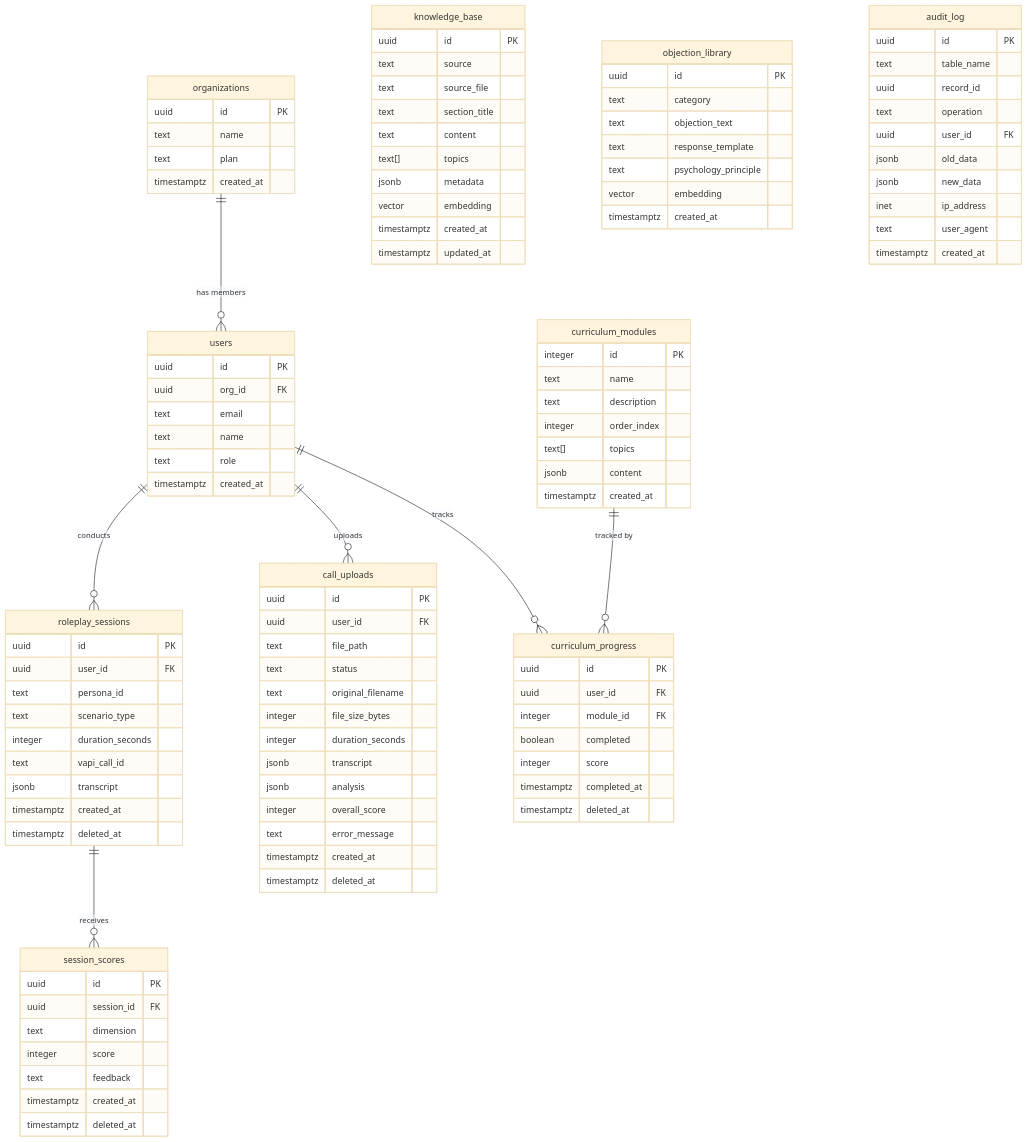
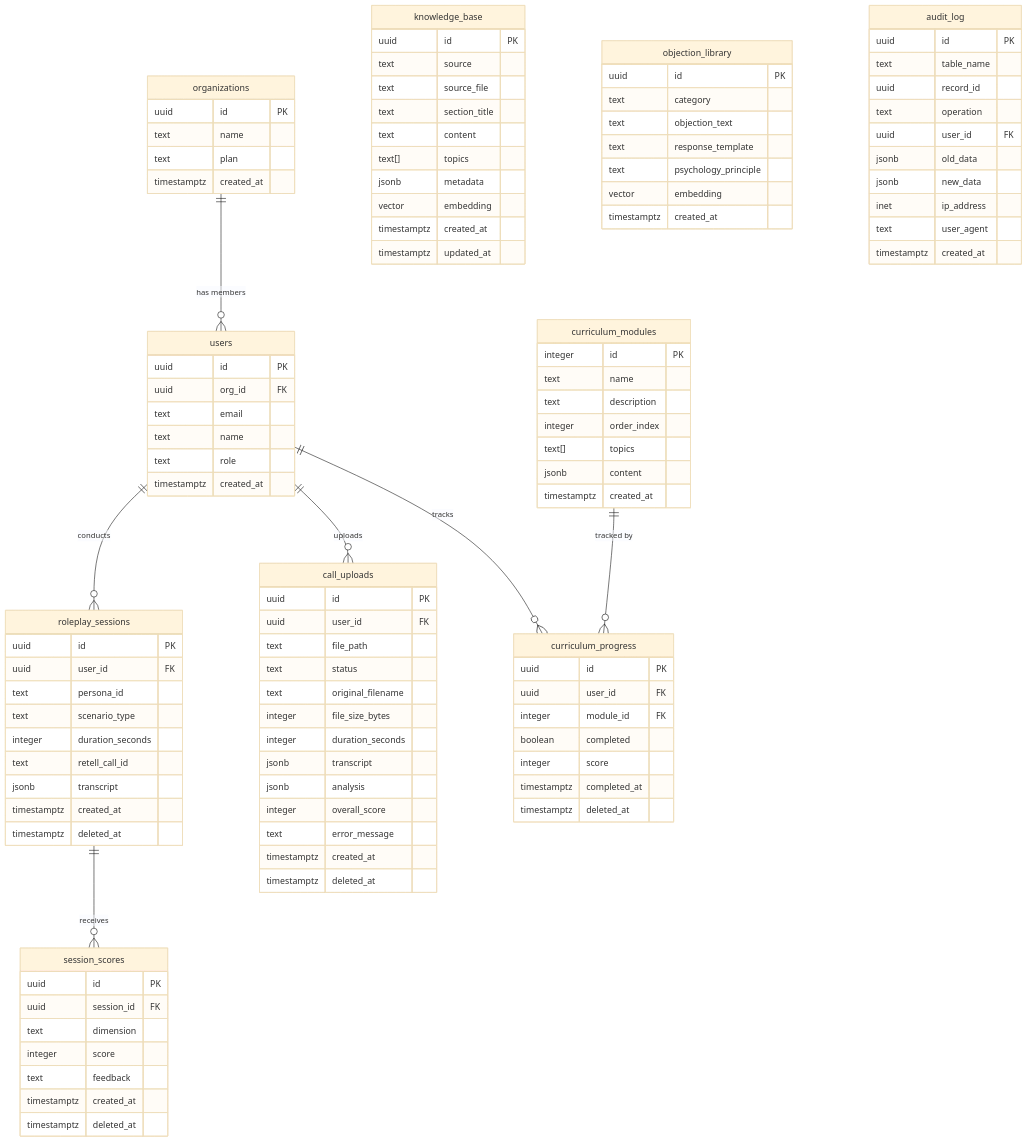
The diagram in docs/DATABASE.md (Qualiasolutions/underdogsales), drawn with Mermaid (base theme) before and after one commit. The commit also changed other lines of this file and 5 other files, not shown here.

First line of the commit message:
docs(05): replace VAPI with Retell across all documentation

```diff
--- a/docs/DATABASE.md
+++ b/docs/DATABASE.md
@@ -53,7 +53,7 @@
         text persona_id
         text scenario_type
         integer duration_seconds
-        text vapi_call_id
+        text retell_call_id
         jsonb transcript
         timestamptz created_at
         timestamptz deleted_at
```
